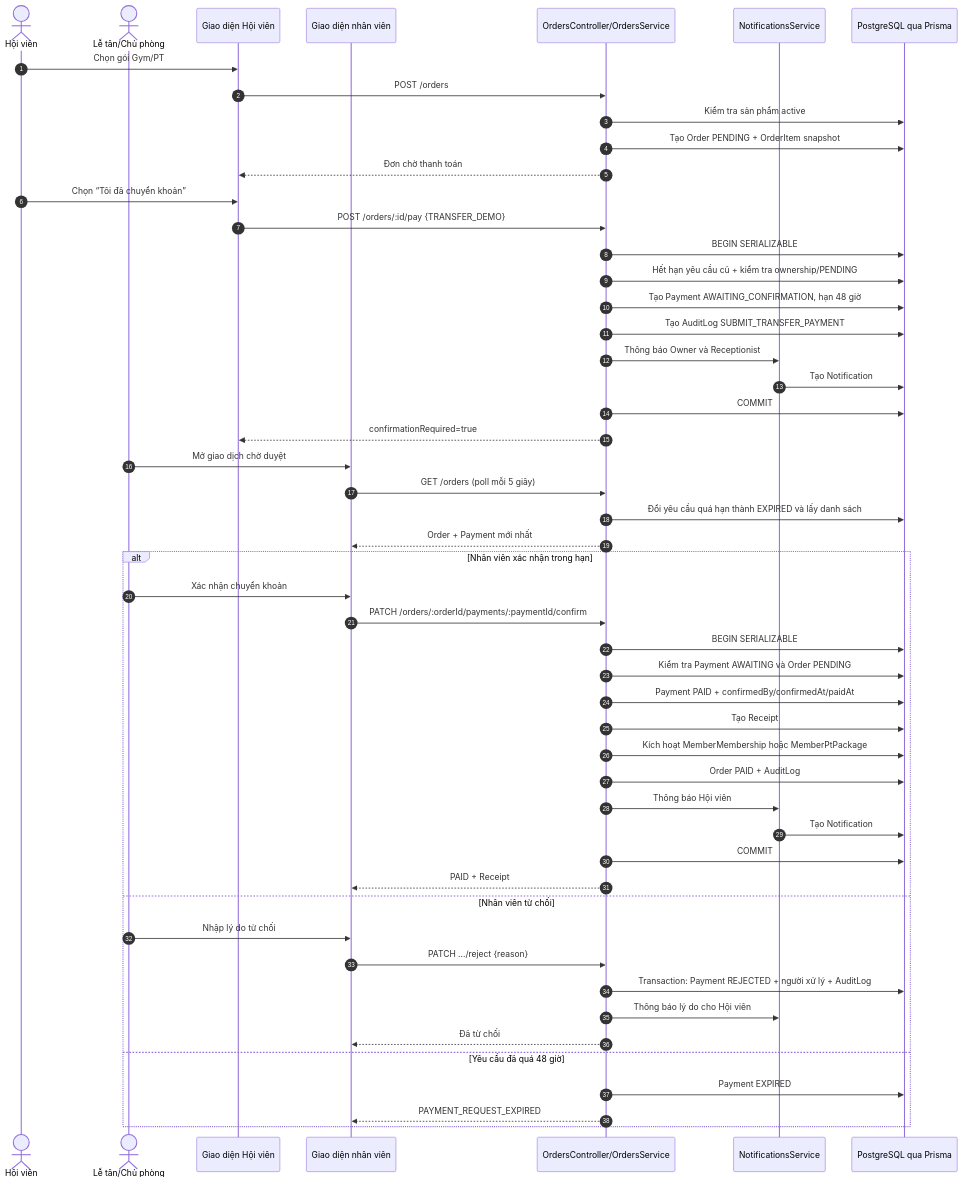
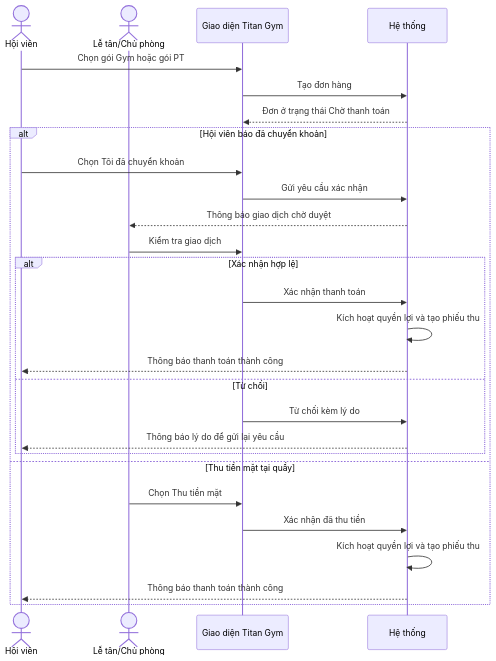
The second of 4 diagrams in docs/06-UML-Diagrams/Sequences.md (vhoanglong54/CNPM_GYM), drawn with Mermaid before and after one commit. The commit also changed other lines of this file and 1 other file, not shown here.

Commit message:
docs(uml): simplify workflow diagrams

````diff
--- a/docs/06-UML-Diagrams/Sequences.md
+++ b/docs/06-UML-Diagrams/Sequences.md
@@ -55,57 +33,31 @@
 ```mermaid
 sequenceDiagram
-  autonumber
   actor M as Hội viên
   actor S as Lễ tân/Chủ phòng
-  participant MFE as Giao diện Hội viên
-  participant SFE as Giao diện nhân viên
-  participant Order as OrdersController/OrdersService
-  participant Notify as NotificationsService
-  participant DB as PostgreSQL qua Prisma
+  participant UI as Giao diện Titan Gym
+  participant SYS as Hệ thống
 
-  M->>MFE: Chọn gói Gym/PT
-  MFE->>Order: POST /orders
-  Order->>DB: Kiểm tra sản phẩm active
-  Order->>DB: Tạo Order PENDING + OrderItem snapshot
-  Order-->>MFE: Đơn chờ thanh toán
+  M->>UI: Chọn gói Gym hoặc gói PT
+  UI->>SYS: Tạo đơn hàng
+  SYS-->>UI: Đơn ở trạng thái Chờ thanh toán
 
-  M->>MFE: Chọn “Tôi đã chuyển khoản”
-  MFE->>Order: POST /orders/:id/pay {TRANSFER_DEMO}
-  Order->>DB: BEGIN SERIALIZABLE
-  Order->>DB: Hết hạn yêu cầu cũ + kiểm tra ownership/PENDING
-  Order->>DB: Tạo Payment AWAITING_CONFIRMATION, hạn 48 giờ
-  Order->>DB: Tạo AuditLog SUBMIT_TRANSFER_PAYMENT
-  Order->>Notify: Thông báo Owner và Receptionist
-  Notify->>DB: Tạo Notification
-  Order->>DB: COMMIT
-  Order-->>MFE: confirmationRequired=true
-
-  S->>SFE: Mở giao dịch chờ duyệt
-  SFE->>Order: GET /orders (poll mỗi 5 giây)
-  Order->>DB: Đổi yêu cầu quá hạn thành EXPIRED và lấy danh sách
-  Order-->>SFE: Order + Payment mới nhất
-
-  alt Nhân viên xác nhận trong hạn
-    S->>SFE: Xác nhận chuyển khoản
-    SFE->>Order: PATCH /orders/:orderId/payments/:paymentId/confirm
-    Order->>DB: BEGIN SERIALIZABLE
-    Order->>DB: Kiểm tra Payment AWAITING và Order PENDING
-    Order->>DB: Payment PAID + confirmedBy/confirmedAt/paidAt
-    Order->>DB: Tạo Receipt
-    Order->>DB: Kích hoạt MemberMembership hoặc MemberPtPackage
-    Order->>DB: Order PAID + AuditLog
-    Order->>Notify: Thông báo Hội viên
-    Notify->>DB: Tạo Notification
-    Order->>DB: COMMIT
-    Order-->>SFE: PAID + Receipt
-  else Nhân viên từ chối
-    S->>SFE: Nhập lý do từ chối
-    SFE->>Order: PATCH .../reject {reason}
-    Order->>DB: Transaction: Payment REJECTED + người xử lý + AuditLog
-    Order->>Notify: Thông báo lý do cho Hội viên
-    Order-->>SFE: Đã từ chối
-  else Yêu cầu đã quá 48 giờ
-    Order->>DB: Payment EXPIRED
-    Order-->>SFE: PAYMENT_REQUEST_EXPIRED
+  alt Hội viên báo đã chuyển khoản
+    M->>UI: Chọn Tôi đã chuyển khoản
+    UI->>SYS: Gửi yêu cầu xác nhận
+    SYS-->>S: Thông báo giao dịch chờ duyệt
+    S->>UI: Kiểm tra giao dịch
+    alt Xác nhận hợp lệ
+      UI->>SYS: Xác nhận thanh toán
+      SYS->>SYS: Kích hoạt quyền lợi và tạo phiếu thu
+      SYS-->>M: Thông báo thanh toán thành công
+    else Từ chối
+      UI->>SYS: Từ chối kèm lý do
+      SYS-->>M: Thông báo lý do để gửi lại yêu cầu
+    end
+  else Thu tiền mặt tại quầy
+    S->>UI: Chọn Thu tiền mặt
+    UI->>SYS: Xác nhận đã thu tiền
+    SYS->>SYS: Kích hoạt quyền lợi và tạo phiếu thu
+    SYS-->>M: Thông báo thanh toán thành công
   end
 ```
````
